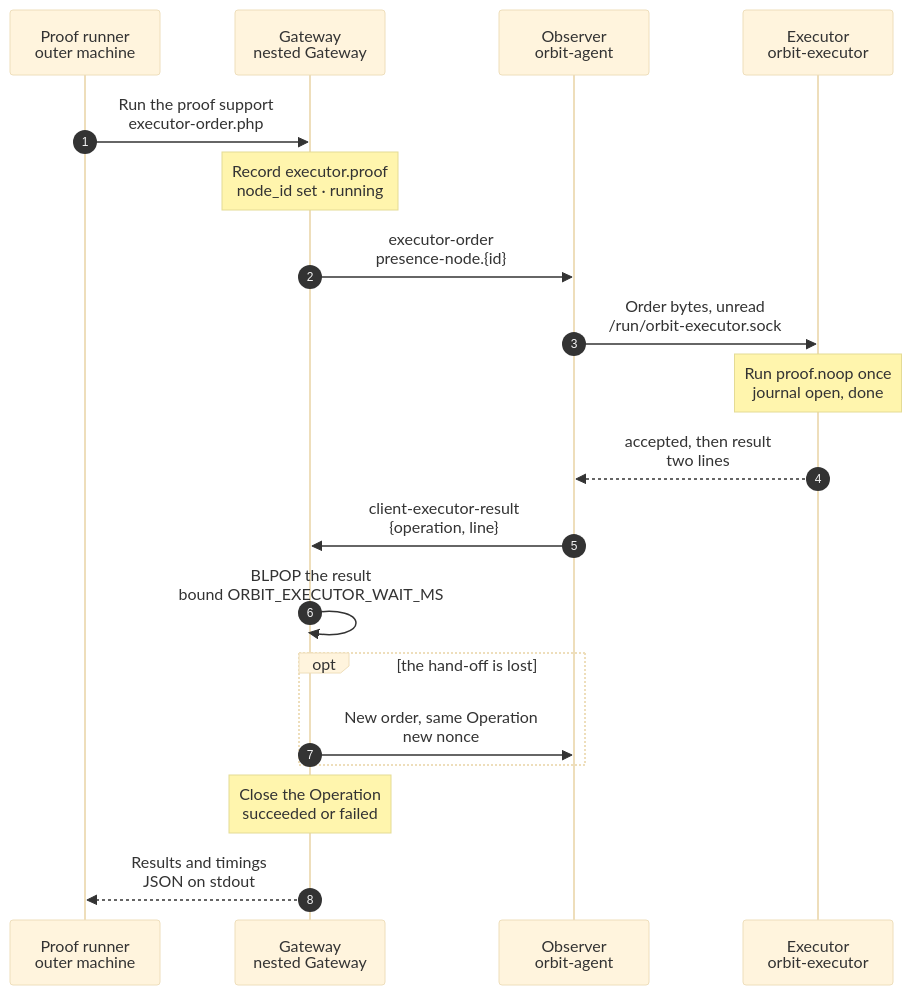
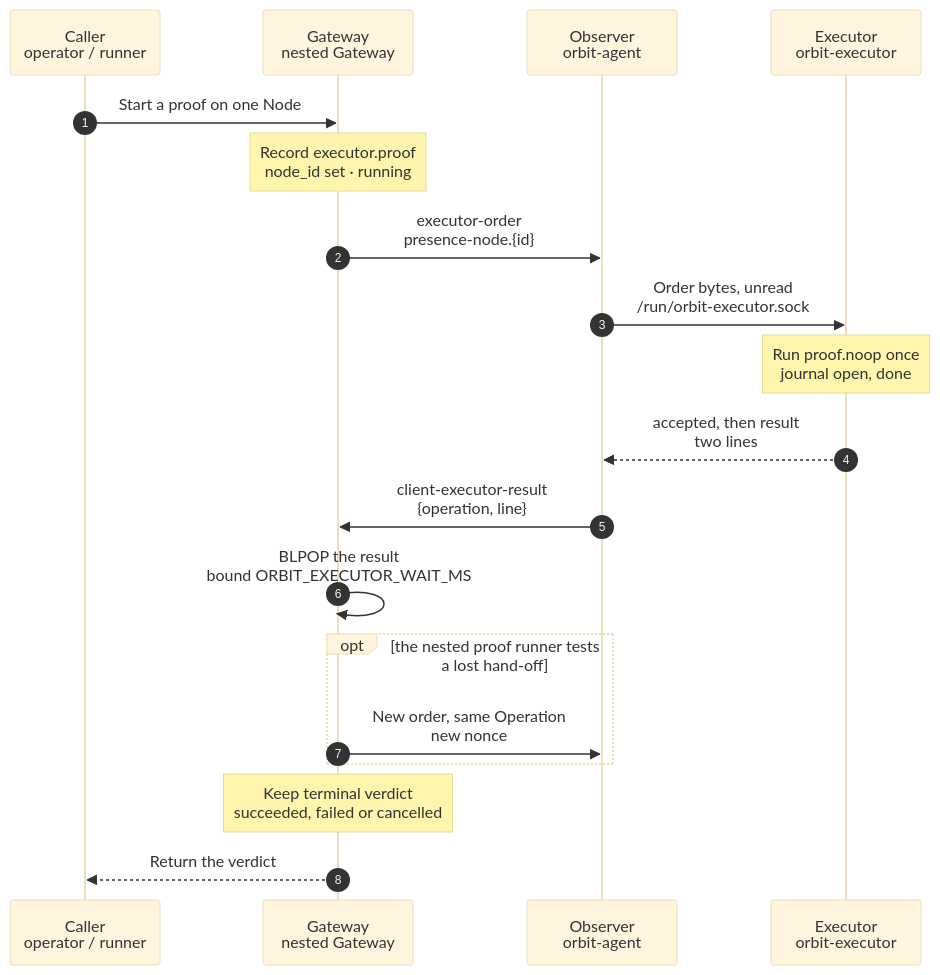
One commit to hardimpactdev/orbit changed the diagram in docs/cli/proof/executor-proof.mmd. Above: the diagram before and after it, drawn with Mermaid (base theme). The commit also changed 25 other files, not shown here.

First line of the commit message:
Add a Node-scoped signed executor diagnostic (#4006)

```diff
--- a/docs/cli/proof/executor-proof.mmd
+++ b/docs/cli/proof/executor-proof.mmd
@@ -1,57 +1,61 @@
 sequenceDiagram
   %% Target design: ADR 0266 slice 3 proof (D4, D5, D7). docs/reference/executor.md#the-proof-operation.
   %% status: draft
-  %% command: none · started by the proof support on a nested Gateway
+  %% command: none · Gateway diagnostic and nested proof support
   %% kind: executor.proof
   autonumber
   %% lane RN icon=terminal pill=caller tone=gray
   %% lane GW icon=gateway pill=intent tone=blue
   %% lane OB icon=server pill=target tone=amber
   %% lane EX icon=server pill=target tone=amber
-  participant RN as Proof runner<br/>outer machine
+  participant RN as Caller<br/>operator / runner
   participant GW as Gateway<br/>nested Gateway
   participant OB as Observer<br/>orbit-agent
   participant EX as Executor<br/>orbit-executor
-  RN->>GW: Run the proof support<br/>executor-order.php
+  RN->>GW: Start a proof on one Node
   %%> What it does:
   %%> - the runner step `executor_round_trip`, `executor_lost_result` or `executor_publish` runs `tools/swamp-proof-guest/executor-order.php` on the nested Gateway as its managed user
   %%> Who can start it:
-  %%> - only this script; no route, CLI command, job or schedule names the kind
+  %%> - the diagnostic POST checks the active WireGuard peer, target Node access and Gateway authority
+  %%> - the diagnostic requires an empty request body and no query parameters before it records an Operation and sends one order
   Note over GW: Record executor.proof<br/>node_id set · running
   %%> What it does:
   %%> - records a durable Operation on the app-dev Node; its target is the Node (D7)
   %%> Why no Swamp run:
   %%> - `proof.noop` changes nothing on the Node; the Gateway runs and closes the kind itself
   GW->>OB: executor-order<br/>presence-node.{id}
   %%> What it does:
   %%> - signs a `proof.noop` order with a new nonce and publishes it as a server event through Reverb (D5)
   %%> - the data is the Operation id and the order, nothing else
   OB->>EX: Order bytes, unread<br/>/run/orbit-executor.sock
   %%> What it does:
   %%> - the observer copies the order unchanged; the executor checks the caller, the signature and the order
   Note over EX: Run proof.noop once<br/>journal open, done
   %%> What it does:
   %%> - runs the no-op under the Node's lock and records it in its journal
   %%> When the Operation already ran:
   %%> - returns the first result as `repeat` and does not act; the journal gets a `seen` record
   EX-->>OB: accepted, then result<br/>two lines
   OB->>GW: client-executor-result<br/>{operation, line}
   %%> What it does:
-  %%> - the listener records the result on the Operation, then pushes it to Valkey for 60 s
+  %%> - the listener checks ownership on both lines, records the result and queues both lines in arrival order for 60 s
   GW->>GW: BLPOP the result<br/>bound ORBIT_EXECUTOR_WAIT_MS
   %%> What it does:
   %%> - the waiting request takes the result, as a visit will in slice 6
-  opt the hand-off is lost
+  opt the nested proof runner tests a lost hand-off
     GW->>OB: New order, same Operation<br/>new nonce
     %%> What it does:
     %%> - the executor answers `repeat` with the first result; the listener pushes it again and the waiter gets it
     %%> Result:
     %%> - the action ran once; the Operation keeps the first result
   end
-  Note over GW: Close the Operation<br/>succeeded or failed
+  Note over GW: Keep terminal verdict<br/>succeeded, failed or cancelled
   %%> Result:
-  %%> - `succeeded` on `done`; `failed` with `executor.proof_<status>` otherwise
-  %%> - a throw in the proof run fails every open Operation with `executor.proof_aborted`
-  GW-->>RN: Results and timings<br/>JSON on stdout
+  %%> - observed `accepted` followed by matching `done` settles an open Operation as `succeeded`
+  %%> - when a peer with target Node access cancels first, the Operation stays `cancelled` even if valid replies follow
+  %%> - a refusal, timeout or incomplete reply fails an open Operation
+  %%> - a signing, publish or wait exception fails an open Operation with `executor.proof_aborted`
+  GW-->>RN: Return the verdict
   %%> Returns:
-  %%> - each Operation, its nonce, its result and the latency from publish to the waiter
+  %%> - the diagnostic returns the terminal Operation
+  %%> - the proof runner reports each Operation, nonce, result and latency on stdout
```
